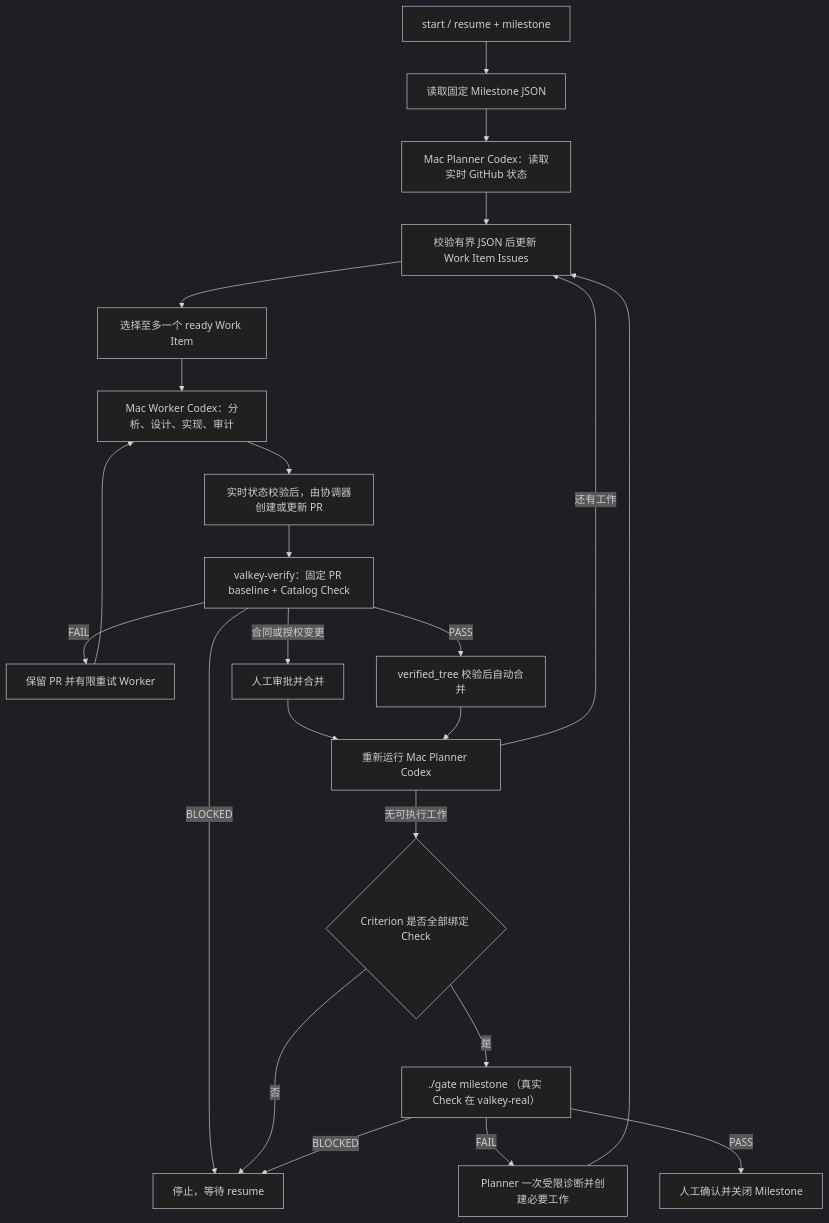
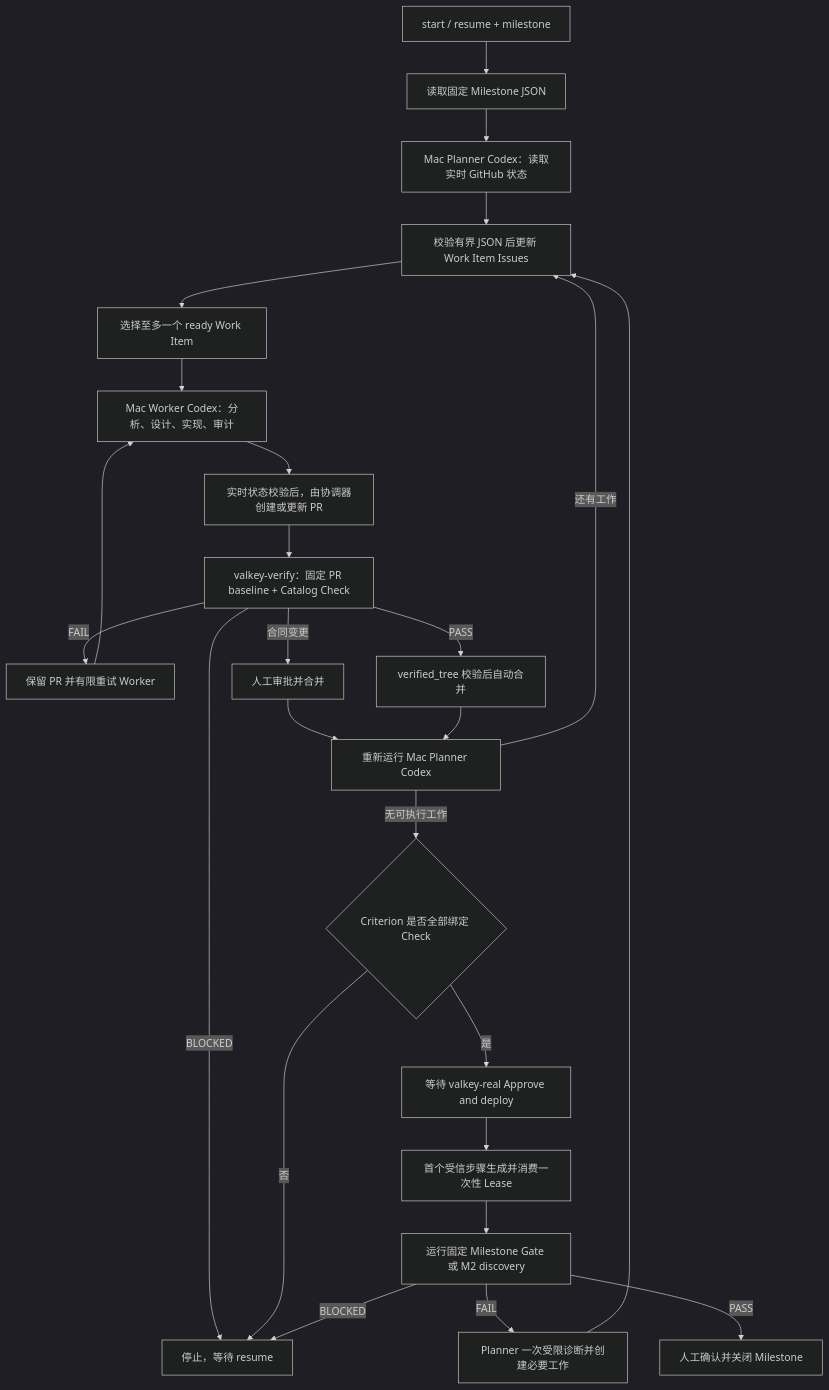
Before and after one commit to ly989264/valkey-scale-lab: the diagram in miletone_loop/plan.md, drawn with Mermaid (dark theme). The commit also changed other lines of this file and 8 other files, not shown here.

````diff
--- a/miletone_loop/plan.md
+++ b/miletone_loop/plan.md
@@ -406,25 +430,27 @@
 ```mermaid
 flowchart TD
     A["start / resume + milestone"] --> B["读取固定 Milestone JSON"]
     B --> C["Mac Planner Codex：读取实时 GitHub 状态"]
     C --> D["校验有界 JSON 后更新 Work Item Issues"]
     D --> E["选择至多一个 ready Work Item"]
     E --> F["Mac Worker Codex：分析、设计、实现、审计"]
     F --> G["实时状态校验后，由协调器创建或更新 PR"]
     G --> H["valkey-verify：固定 PR baseline + Catalog Check"]
     H -->|FAIL| I["保留 PR 并有限重试 Worker"]
     I --> F
     H -->|BLOCKED| Q["停止，等待 resume"]
     H -->|PASS| L["verified_tree 校验后自动合并"]
-    H -->|合同或授权变更| K["人工审批并合并"]
+    H -->|合同变更| K["人工审批并合并"]
     K --> M["重新运行 Mac Planner Codex"]
     L --> M
     M -->|还有工作| D
     M -->|无可执行工作| R{"Criterion 是否全部绑定 Check"}
     R -->|否| Q
-    R -->|是| O["./gate milestone <milestone>（真实 Check 在 valkey-real）"]
+    R -->|是| V["等待 valkey-real Approve and deploy"]
+    V --> W["首个受信步骤生成并消费一次性 Lease"]
+    W --> O["运行固定 Milestone Gate 或 M2 discovery"]
     O -->|FAIL| P["Planner 一次受限诊断并创建必要工作"]
     P --> D
     O -->|BLOCKED| Q
     O -->|PASS| N["人工确认并关闭 Milestone"]
 ```
````
